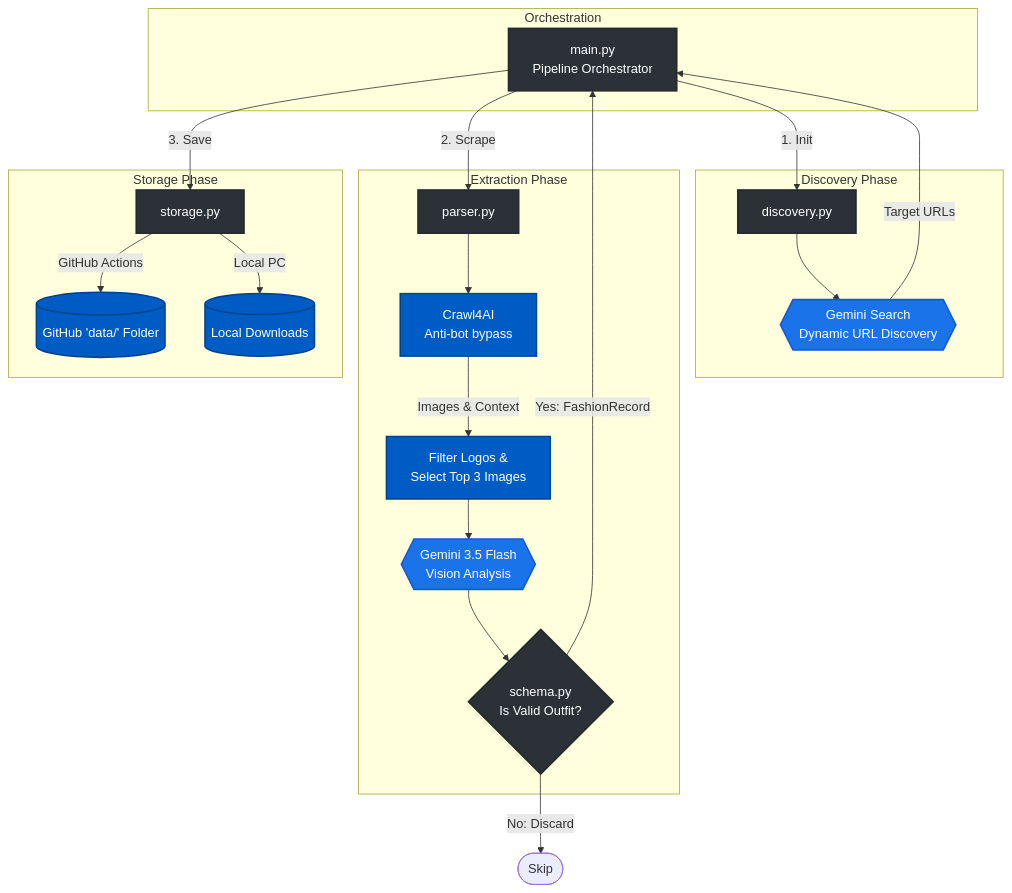
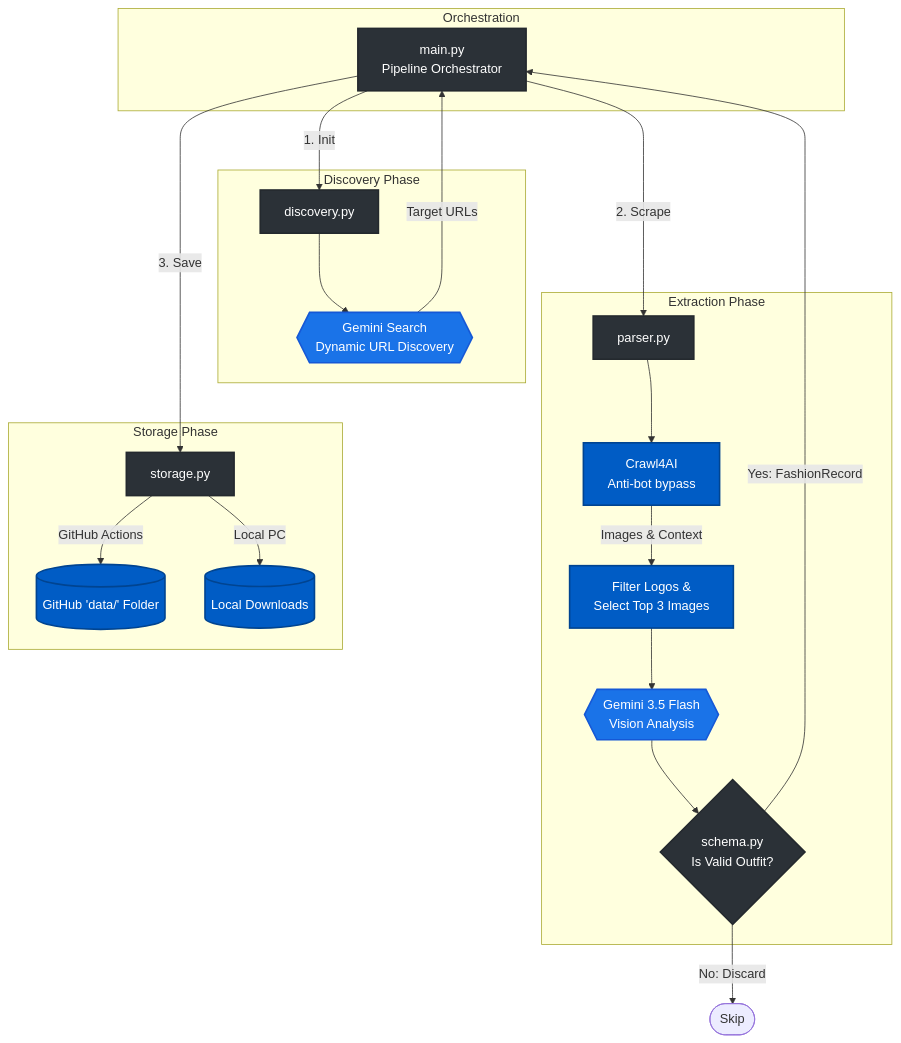
One commit to kleinnconrad/style_dataset changed the diagram in README.md. Above: the diagram before and after it, drawn with Mermaid.

Commit message:
fix: sequential order in mermaid diagram

````diff
--- a/README.md
+++ b/README.md
@@ -55,50 +55,54 @@
 ```mermaid
 flowchart TD
     subgraph Orchestration
         Main[main.py<br>Pipeline Orchestrator]
     end
 
     subgraph Discovery Phase
         Disc[discovery.py]
         GemSearch{{Gemini Search<br>Dynamic URL Discovery}}
     end
 
     subgraph Extraction Phase
         Parse[parser.py]
         Crawl[Crawl4AI<br>Anti-bot bypass]
         Filter[Filter Logos &<br>Select Top 3 Images]
         Vision{{Gemini 3.5 Flash<br>Vision Analysis}}
         Schema{schema.py<br>Is Valid Outfit?}
     end
 
     subgraph Storage Phase
         Store[storage.py]
         Git[(GitHub 'data/' Folder)]
         Local[(Local Downloads)]
     end
+
+    %% Force horizontal ordering of the phases
+    Disc ~~~ Parse
+    Parse ~~~ Store
 
     Main -->|1. Init| Disc
     Disc --> GemSearch
     GemSearch -->|Target URLs| Main
     
     Main -->|2. Scrape| Parse
     Parse --> Crawl
     Crawl -->|Images & Context| Filter
     Filter --> Vision
     Vision --> Schema
     
     Schema -->|Yes: FashionRecord| Main
     Schema -->|No: Discard| Discard([Skip])
 
     Main -->|3. Save| Store
     Store -->|GitHub Actions| Git
     Store -->|Local PC| Local
 
     classDef script fill:#2b3137,stroke:#24292e,stroke-width:2px,color:#fff;
     classDef model fill:#1a73e8,stroke:#1558d6,stroke-width:2px,color:#fff;
     classDef logic fill:#005cc5,stroke:#004491,stroke-width:2px,color:#fff;
     
     class Main,Disc,Parse,Store,Schema script;
     class GemSearch,Vision model;
     class Crawl,Filter,Git,Local logic;
 ```
````
